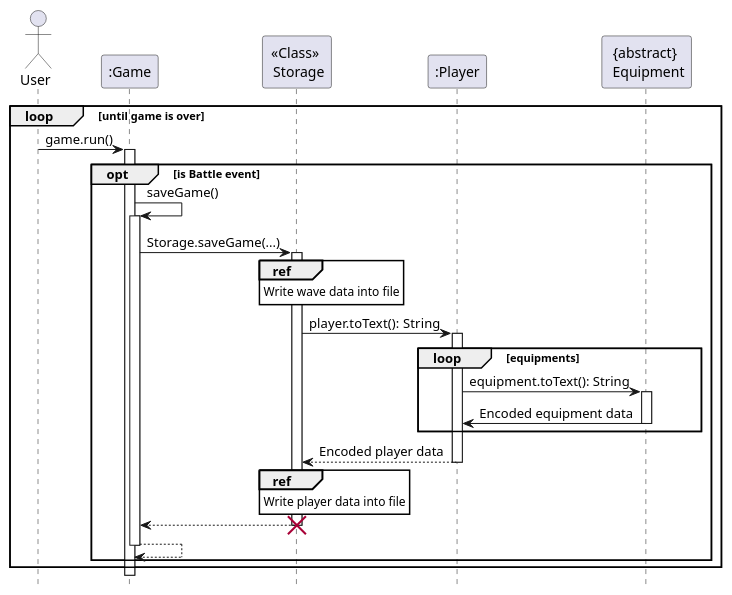
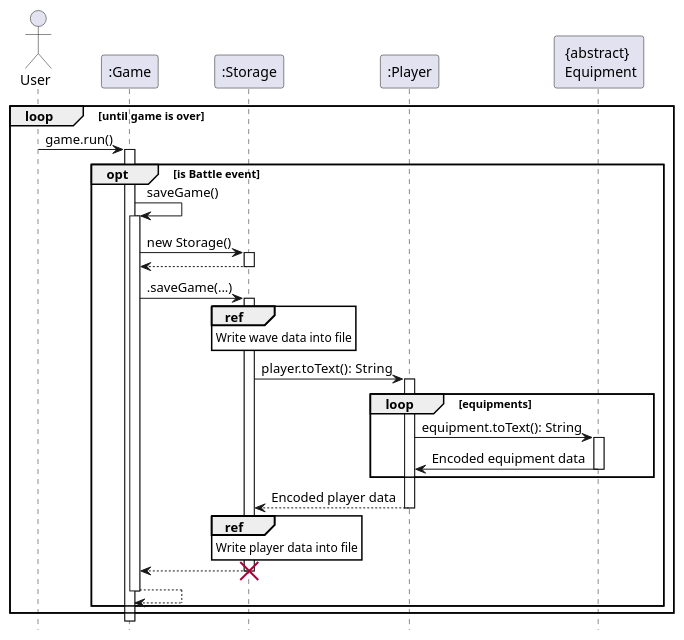
One commit to TiangSoonYong/tp changed the first of 2 diagrams in docs/diagrams/saveSequence.puml. Above: the diagram before and after it, drawn with PlantUML. The commit also changed other lines of this file and 13 other files, not shown here.

```diff
--- a/docs/diagrams/saveSequence.puml
+++ b/docs/diagrams/saveSequence.puml
@@ -1,43 +1,47 @@
 @startuml
 hide footbox
 skinparam sequenceReferenceBackgroundColor #FFFFFF
 actor User
 
 participant ":Game" as Game
-participant "<<Class>> \n Storage" as Storage
+participant ":Storage" as Storage
 participant ":Player" as Player
 participant "{abstract} \n Equipment" as Equipment
 
 loop until game is over
     User->Game : game.run()
     activate Game
     opt is Battle event
         Game->Game:saveGame()
         activate Game
-        Game->Storage: Storage.saveGame(...)
+        Game->Storage: new Storage()
+        activate Storage
+        Storage --> Game:
+        deactivate Storage
+        Game->Storage: .saveGame(...)
         activate Storage
 
         ref over Storage
             Write wave data into file
         end ref
         Storage -> Player: player.toText(): String
         activate Player
         loop equipments
         Player -> Equipment: equipment.toText(): String
         activate Equipment
         Equipment -> Player: Encoded equipment data
         deactivate Equipment
         end equipments
         Player --> Storage: Encoded player data
         deactivate Player
         ref over Storage
             Write player data into file
         end ref
 
         Storage --> Game
         destroy Storage
         Game --> Game
         deactivate Game
     end opt
 end loop
 @enduml
```
